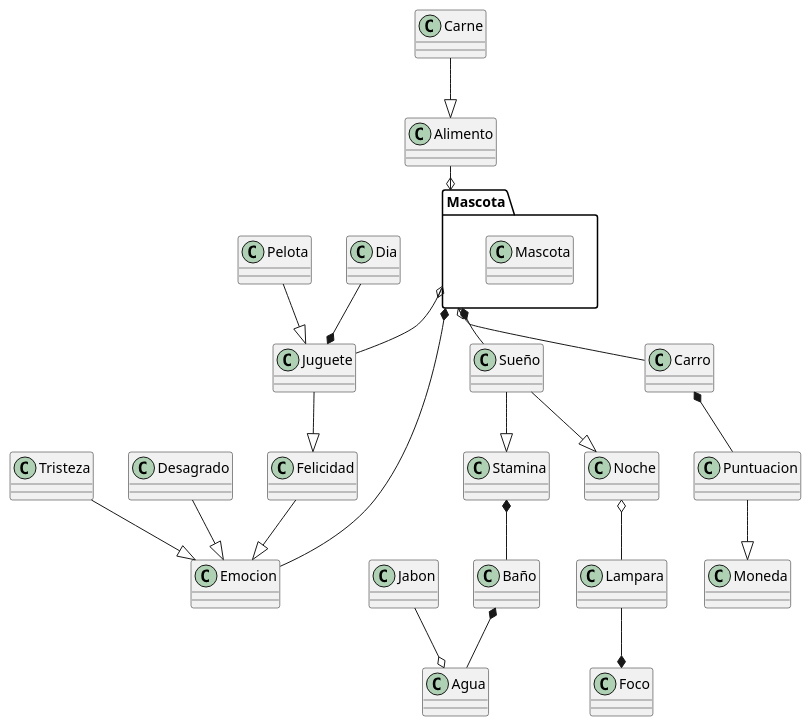
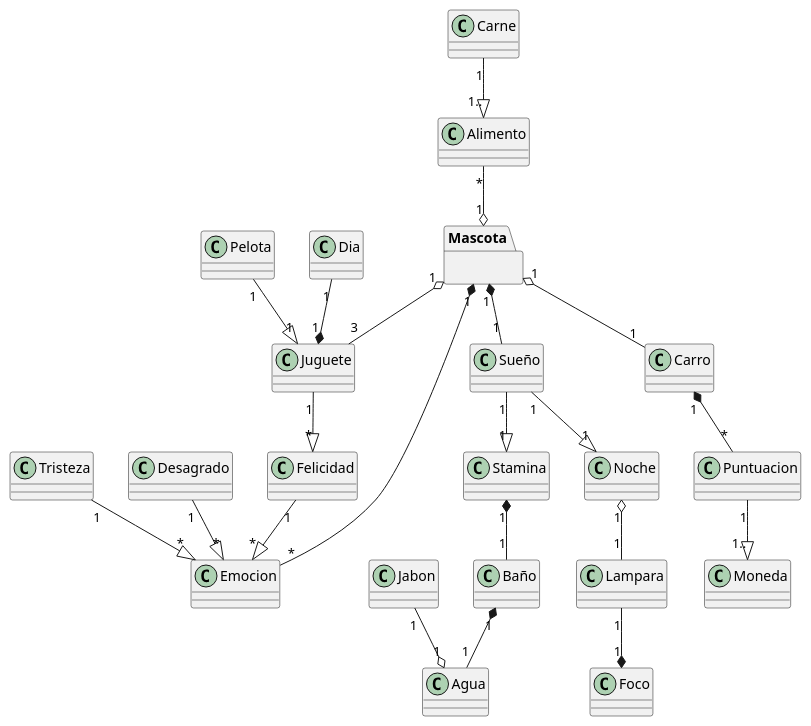
Before and after one commit to Maquinadelmal23110112/Hola-Mundo: the diagram in docs/Mascota.puml, drawn with PlantUML.

Commit message:
Version3

```diff
--- a/docs/Mascota.puml
+++ b/docs/Mascota.puml
@@ -1,54 +1,59 @@
 @startuml 
 
 class Mascota
 class Alimento 
 class Carne
 class Juguete
 class Pelota
 class Carro
 class Stamina
 class Jabon
 class Agua
 class Lampara
 class Dia 
 class Noche 
 class Puntuacion
 class Moneda 
 class Tristeza
 class Felicidad
 class Desagrado
 class Emocion 
 class Foco 
 class Sueño 
 class Baño
 
 package Mascota{
-class Mascota
+
 }
-Alimento --o Mascota
-Mascota o-- Juguete
-Carne --|> Alimento
-Pelota --|> Juguete
-Lampara --* Foco
-Felicidad --|> Emocion 
-Tristeza --|> Emocion
-Desagrado --|> Emocion
-Mascota *-- Emocion 
-Mascota *-- Sueño 
-Sueño --|> Noche 
-Noche o-- Lampara 
-Puntuacion --|> Moneda 
-Juguete --|> Felicidad
-Dia --* Juguete
-Jabon --o Agua 
-Carro *-- Puntuacion
-Mascota o-- Carro
-Sueño --|> Stamina
-Baño *-- Agua
-Stamina *-- Baño
+Alimento "*" --o "1" Mascota
+Mascota "1" o-- "3" Juguete
+Carne "1" --|> "1.." Alimento
+Pelota "1" --|> "1" Juguete
+Lampara "1" --* "1" Foco
 
+Felicidad "1" --|> "*" Emocion 
+Tristeza "1" --|> "*" Emocion
+Desagrado "1" --|> "*" Emocion
+Mascota "1" *-- "*" Emocion 
+
+Mascota "1" *-- "1" Sueño 
+
+Sueño "1" --|> "1" Noche 
+Noche "1" o-- "1" Lampara 
+Puntuacion "1" --|> "1.." Moneda 
+Juguete "1" --|> "*" Felicidad
+Dia "1" --* "1" Juguete
+
+Jabon "1" --o "1" Agua 
+Carro "1" *-- "*" Puntuacion
+
+Mascota "1" o-- "1" Carro
+Sueño "1" --|> "1" Stamina
+Baño "1" *-- "1" Agua
+
+Stamina "1" *-- "1" Baño
 
 
 
 
 @endluml
```
